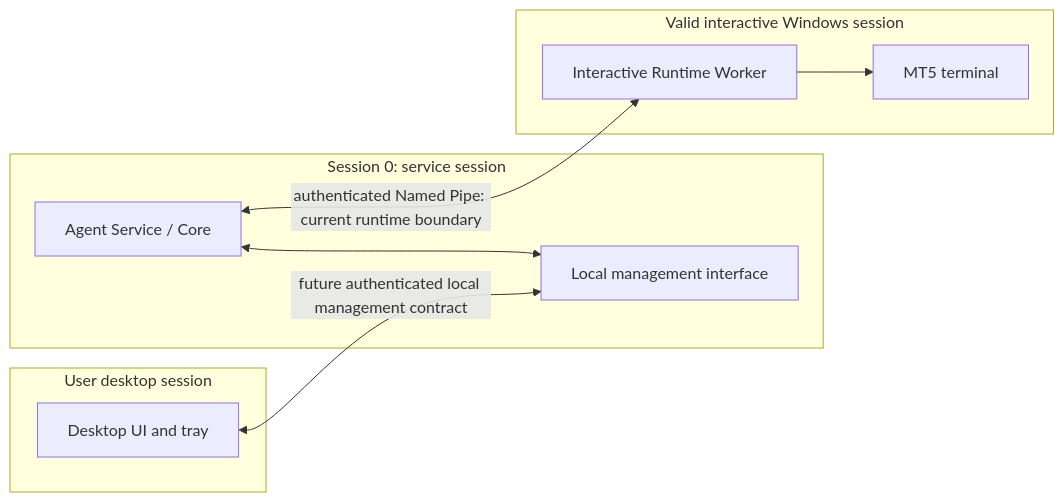
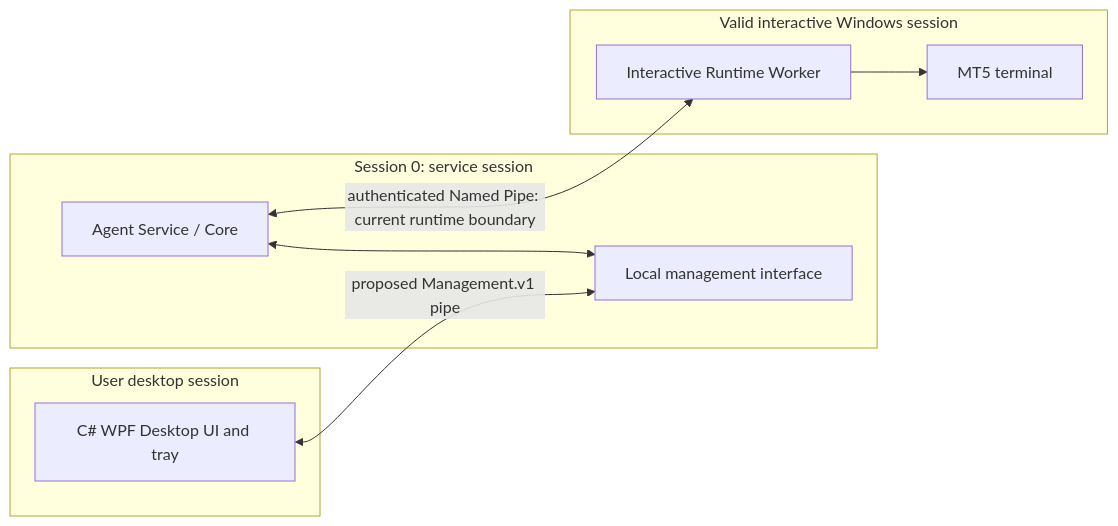
The first of 2 diagrams in docs/architecture/WINDOWS_RUNTIME.md (AmirrezaSobhi/agent), drawn with Mermaid before and after one commit. The commit also changed other lines of this file and 35 other files, not shown here.

Commit message:
docs: finalize v0.1.4 WPF architecture

````diff
--- a/docs/architecture/WINDOWS_RUNTIME.md
+++ b/docs/architecture/WINDOWS_RUNTIME.md
@@ -10,18 +11,18 @@
 ```mermaid
 flowchart LR
   subgraph S0[Session 0: service session]
     Service[Agent Service / Core]
     Local[Local management interface]
     Service <--> Local
   end
   subgraph Interactive[Valid interactive Windows session]
     Worker[Interactive Runtime Worker]
     Terminal[MT5 terminal]
     Worker --> Terminal
   end
   subgraph Desktop[User desktop session]
-    UI[Desktop UI and tray]
+  UI[C# WPF Desktop UI and tray]
   end
   Service <-->|authenticated Named Pipe: current runtime boundary| Worker
-  UI <-->|future authenticated local management contract| Local
+  UI <-->|proposed Management.v1 pipe| Local
 ```
````
